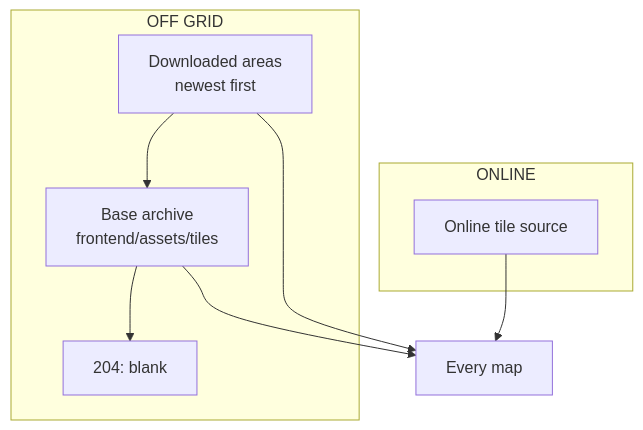
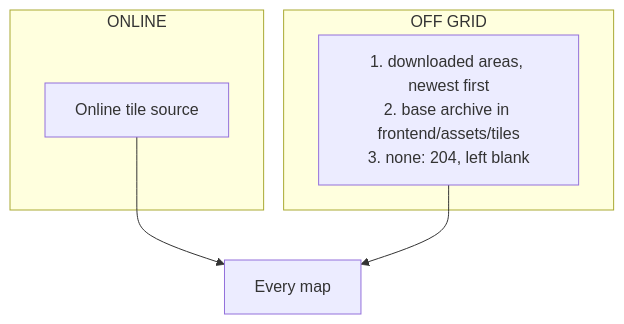
One commit to barrygee/Sentinel changed the fifth of 5 diagrams in docs/architecture/data-flows.md. Above: the diagram before and after it, drawn with Mermaid. The commit also changed other lines of this file and 3 other files, not shown here.

````diff
--- a/docs/architecture/data-flows.md
+++ b/docs/architecture/data-flows.md
@@ -115,14 +115,13 @@
 ```mermaid
 flowchart TB
     subgraph mapOnline["ONLINE"]
         web["Online tile source"]
     end
     subgraph mapOffgrid["OFF GRID"]
-        regions["Downloaded areas<br/>newest first"] --> base["Base archive<br/>frontend/assets/tiles"] --> none["204: blank"]
+        lookup["1. downloaded areas, newest first<br/>2. base archive in frontend/assets/tiles<br/>3. none: 204, left blank"]
     end
     web --> map["Every map"]
-    regions --> map
-    base --> map
+    lookup --> map
     class mapOnline online
     class mapOffgrid offgrid
 ```
````
